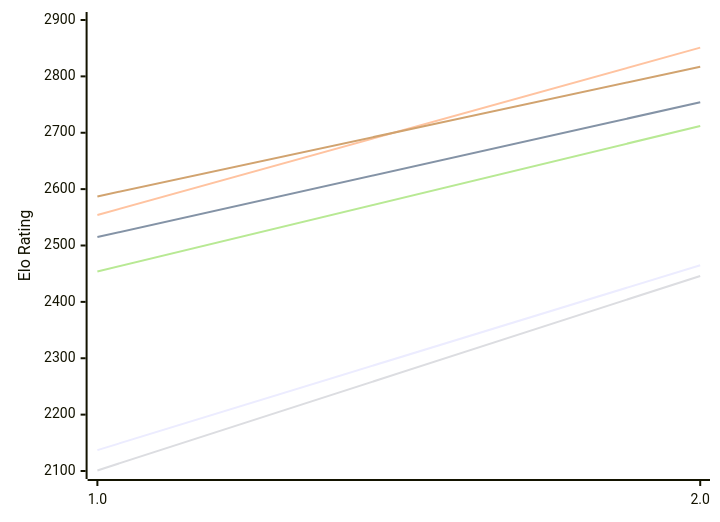
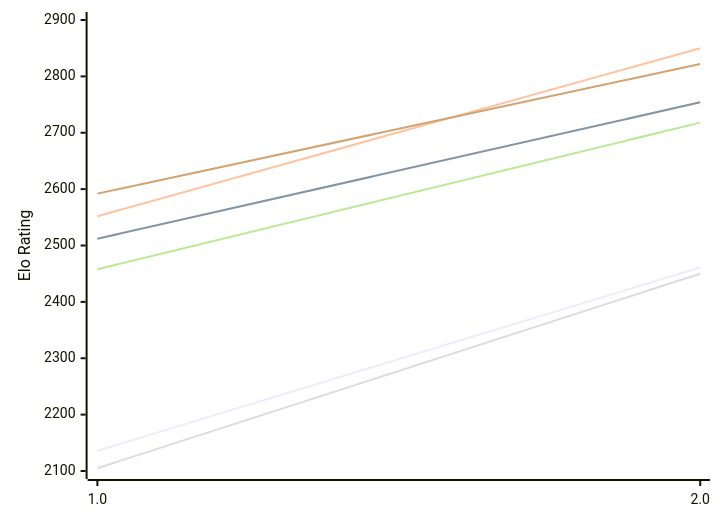
The first of 2 diagrams in engines/Revolver.md (computer-chess-index/cci), drawn with Mermaid before and after one commit. The commit also changed other lines of this file, not shown here.

Commit message:
Update CCI Ratings (ELO VLTC) - 2026-11-23

````diff
--- a/engines/Revolver.md
+++ b/engines/Revolver.md
@@ -50,12 +50,12 @@
 ```mermaid
 %%{init: {"theme":"base","themeVariables":{"seriesColors:['#a3a3a3','#222221','#faa371']}}}%%
 xychart-beta
   x-axis ["1.0", "2.0"]
   y-axis "Elo Rating" 2100 --> 2900
-  line "E1: STC (8.0+0.08s)" [2137, 2465]
-  line "E1: LTC (60.0+0.60s)" [2515, 2754]
-  line "E1: VLTC (2m24s+1.12s)" [2554, 2851]
-  line "P1: STC (8.0+0.08s)" [2101, 2446]
-  line "P1: LTC (60.0+0.60s)" [2454, 2712]
-  line "P1: VLTC (2m24s+1.12s)" [2587, 2817]
+  line "E1: STC (8.0+0.08s)" [2136, 2461]
+  line "E1: LTC (60.0+0.60s)" [2512, 2754]
+  line "E1: VLTC (2m24s+1.12s)" [2552, 2850]
+  line "P1: STC (8.0+0.08s)" [2105, 2450]
+  line "P1: LTC (60.0+0.60s)" [2458, 2718]
+  line "P1: VLTC (2m24s+1.12s)" [2592, 2822]
 ```
````
